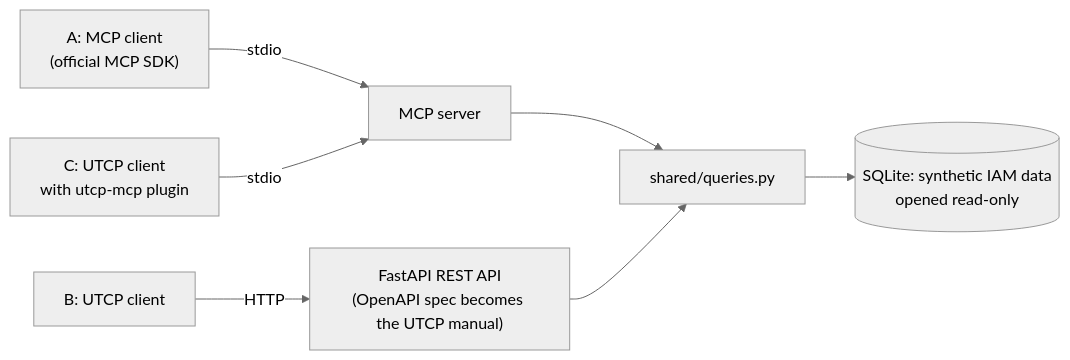
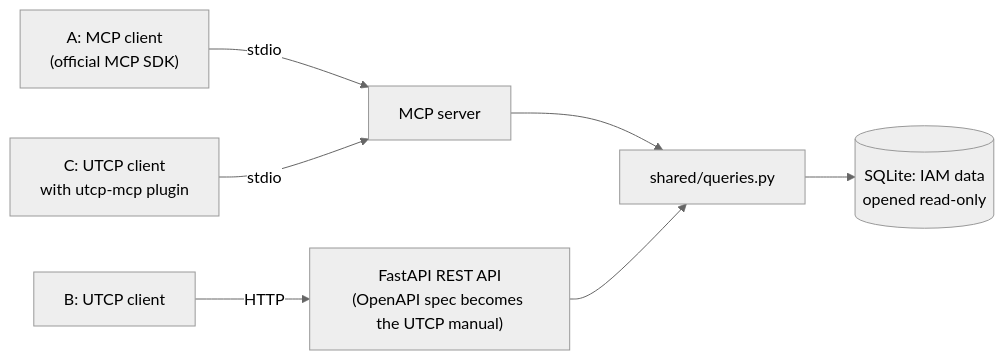
Before and after one commit to Moli310/MCP-vs-UTCP-bench: the diagram in README.md, drawn with Mermaid (neutral theme). The commit also changed other lines of this file, not shown here.

First line of the commit message:
Clarify IAM data description in README

````diff
--- a/README.md
+++ b/README.md
@@ -30,9 +30,9 @@
 ```mermaid
 flowchart LR
     A["A: MCP client<br/>(official MCP SDK)"] -->|stdio| S["MCP server"]
     C["C: UTCP client<br/>with utcp-mcp plugin"] -->|stdio| S
     B["B: UTCP client"] -->|HTTP| R["FastAPI REST API<br/>(OpenAPI spec becomes the UTCP manual)"]
     S --> Q["shared/queries.py"]
     R --> Q
-    Q --> D[("SQLite: synthetic IAM data<br/>opened read-only")]
+    Q --> D[("SQLite:  IAM data<br/>opened read-only")]
 ```
````
